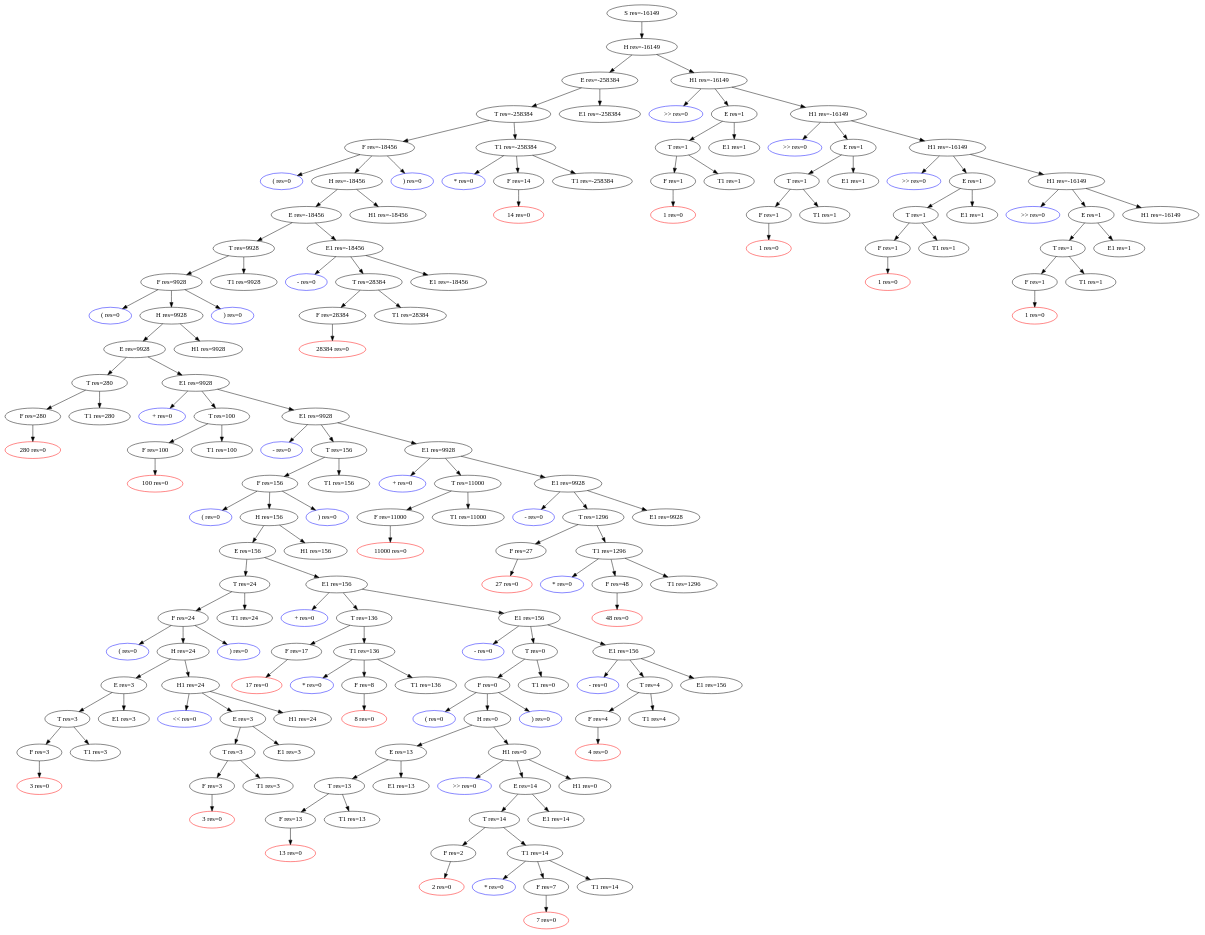
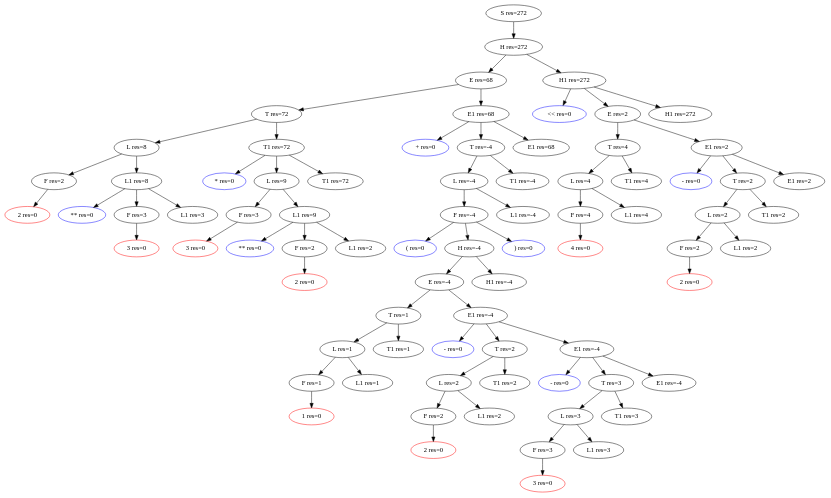
One commit to niki999922/Algo-DM-laba changed the diagram in MT/ParserGenerator/TreeMath.dot. Above: the diagram before and after it, drawn with Graphviz. The commit also changed 9 other files, not shown here.

```diff
--- a/MT/ParserGenerator/TreeMath.dot
+++ b/MT/ParserGenerator/TreeMath.dot
@@ -1,335 +1,159 @@
 digraph TreeMath {
-1973538135 [label="S res=-16149" ];
-1973538135 -> {1023487453};
-1023487453 [label="H res=-16149" ];
-1023487453 -> {1865127310, 515132998};
-1865127310 [label="E res=-258384" ];
-1865127310 -> {1694819250, 1365202186};
-1694819250 [label="T res=-258384" ];
-1694819250 -> {1651191114, 1586600255};
-1651191114 [label="F res=-18456" ];
-1651191114 -> {474675244, 932583850, 212628335};
-474675244 [label="( res=0" , color=blue];
-474675244 -> {};
-932583850 [label="H res=-18456" ];
-932583850 -> {359023572, 305808283};
-359023572 [label="E res=-18456" ];
-359023572 -> {2111991224, 292938459};
-2111991224 [label="T res=9928" ];
-2111991224 -> {917142466, 1993134103};
-917142466 [label="F res=9928" ];
-917142466 -> {405662939, 653305407, 1130478920};
-405662939 [label="( res=0" , color=blue];
+515132998 [label="S res=272" ];
+515132998 -> {1694819250};
+1694819250 [label="H res=272" ];
+1694819250 -> {1365202186, 1651191114};
+1365202186 [label="E res=68" ];
+1365202186 -> {1586600255, 474675244};
+1586600255 [label="T res=72" ];
+1586600255 -> {932583850, 212628335};
+932583850 [label="L res=8" ];
+932583850 -> {1579572132, 359023572};
+1579572132 [label="F res=2" ];
+1579572132 -> {305808283};
+305808283 [label="2 res=0" , color=red];
+305808283 -> {};
+359023572 [label="L1 res=8" ];
+359023572 -> {2111991224, 292938459, 917142466};
+2111991224 [label="** res=0" , color=blue];
+2111991224 -> {};
+292938459 [label="F res=3" ];
+292938459 -> {405662939};
+405662939 [label="3 res=0" , color=red];
 405662939 -> {};
-653305407 [label="H res=9928" ];
-653305407 -> {1404928347, 604107971};
-1404928347 [label="E res=9928" ];
-1404928347 -> {123961122, 1227229563};
-123961122 [label="T res=280" ];
-123961122 -> {1982791261, 1562557367};
-1982791261 [label="F res=280" ];
-1982791261 -> {1101288798};
-1101288798 [label="280 res=0" , color=red];
+917142466 [label="L1 res=3" ];
+917142466 -> {};
+212628335 [label="T1 res=72" ];
+212628335 -> {653305407, 1130478920, 1404928347};
+653305407 [label="* res=0" , color=blue];
+653305407 -> {};
+1130478920 [label="L res=9" ];
+1130478920 -> {604107971, 123961122};
+604107971 [label="F res=3" ];
+604107971 -> {1227229563};
+1227229563 [label="3 res=0" , color=red];
+1227229563 -> {};
+123961122 [label="L1 res=9" ];
+123961122 -> {1982791261, 1562557367, 1101288798};
+1982791261 [label="** res=0" , color=blue];
+1982791261 -> {};
+1562557367 [label="F res=2" ];
+1562557367 -> {942731712};
+942731712 [label="2 res=0" , color=red];
+942731712 -> {};
+1101288798 [label="L1 res=2" ];
 1101288798 -> {};
-1562557367 [label="T1 res=280" ];
-1562557367 -> {};
-1227229563 [label="E1 res=9928" ];
-1227229563 -> {942731712, 971848845, 1910163204};
-942731712 [label="+ res=0" , color=blue];
-942731712 -> {};
-971848845 [label="T res=100" ];
-971848845 -> {305623748, 758529971};
-305623748 [label="F res=100" ];
-305623748 -> {2104457164};
-2104457164 [label="100 res=0" , color=red];
+1404928347 [label="T1 res=72" ];
+1404928347 -> {};
+474675244 [label="E1 res=68" ];
+474675244 -> {971848845, 1910163204, 305623748};
+971848845 [label="+ res=0" , color=blue];
+971848845 -> {};
+1910163204 [label="T res=-4" ];
+1910163204 -> {758529971, 2104457164};
+758529971 [label="L res=-4" ];
+758529971 -> {1521118594, 1940030785};
+1521118594 [label="F res=-4" ];
+1521118594 -> {1869997857, 1763847188, 1617791695};
+1869997857 [label="( res=0" , color=blue];
+1869997857 -> {};
+1763847188 [label="H res=-4" ];
+1763847188 -> {125993742, 1192108080};
+125993742 [label="E res=-4" ];
+125993742 -> {1068824137, 864237698};
+1068824137 [label="T res=1" ];
+1068824137 -> {537548559, 380894366};
+537548559 [label="L res=1" ];
+537548559 -> {237852351, 608188624};
+237852351 [label="F res=1" ];
+237852351 -> {1451270520};
+1451270520 [label="1 res=0" , color=red];
+1451270520 -> {};
+608188624 [label="L1 res=1" ];
+608188624 -> {};
+380894366 [label="T1 res=1" ];
+380894366 -> {};
+864237698 [label="E1 res=-4" ];
+864237698 -> {1608446010, 992136656, 511833308};
+1608446010 [label="- res=0" , color=blue];
+1608446010 -> {};
+992136656 [label="T res=2" ];
+992136656 -> {1297685781, 1705929636};
+1297685781 [label="L res=2" ];
+1297685781 -> {1221555852, 1509514333};
+1221555852 [label="F res=2" ];
+1221555852 -> {1556956098};
+1556956098 [label="2 res=0" , color=red];
+1556956098 -> {};
+1509514333 [label="L1 res=2" ];
+1509514333 -> {};
+1705929636 [label="T1 res=2" ];
+1705929636 -> {};
+511833308 [label="E1 res=-4" ];
+511833308 -> {1252585652, 2036368507, 1785210046};
+1252585652 [label="- res=0" , color=blue];
+1252585652 -> {};
+2036368507 [label="T res=3" ];
+2036368507 -> {1552787810, 1361960727};
+1552787810 [label="L res=3" ];
+1552787810 -> {739498517, 125130493};
+739498517 [label="F res=3" ];
+739498517 -> {914504136};
+914504136 [label="3 res=0" , color=red];
+914504136 -> {};
+125130493 [label="L1 res=3" ];
+125130493 -> {};
+1361960727 [label="T1 res=3" ];
+1361960727 -> {};
+1785210046 [label="E1 res=-4" ];
+1785210046 -> {};
+1192108080 [label="H1 res=-4" ];
+1192108080 -> {};
+1617791695 [label=") res=0" , color=blue];
+1617791695 -> {};
+1940030785 [label="L1 res=-4" ];
+1940030785 -> {};
+2104457164 [label="T1 res=-4" ];
 2104457164 -> {};
-758529971 [label="T1 res=100" ];
-758529971 -> {};
-1910163204 [label="E1 res=9928" ];
-1910163204 -> {1521118594, 1940030785, 1869997857};
-1521118594 [label="- res=0" , color=blue];
-1521118594 -> {};
-1940030785 [label="T res=156" ];
-1940030785 -> {1763847188, 1617791695};
-1763847188 [label="F res=156" ];
-1763847188 -> {125993742, 1192108080, 1068824137};
-125993742 [label="( res=0" , color=blue];
-125993742 -> {};
-1192108080 [label="H res=156" ];
-1192108080 -> {864237698, 537548559};
-864237698 [label="E res=156" ];
-864237698 -> {380894366, 237852351};
-380894366 [label="T res=24" ];
-380894366 -> {608188624, 1451270520};
-608188624 [label="F res=24" ];
-608188624 -> {1608446010, 992136656, 511833308};
-1608446010 [label="( res=0" , color=blue];
-1608446010 -> {};
-992136656 [label="H res=24" ];
-992136656 -> {1297685781, 1705929636};
-1297685781 [label="E res=3" ];
-1297685781 -> {1221555852, 1509514333};
-1221555852 [label="T res=3" ];
-1221555852 -> {1556956098, 1252585652};
-1556956098 [label="F res=3" ];
-1556956098 -> {2036368507};
-2036368507 [label="3 res=0" , color=red];
-2036368507 -> {};
-1252585652 [label="T1 res=3" ];
-1252585652 -> {};
-1509514333 [label="E1 res=3" ];
-1509514333 -> {};
-1705929636 [label="H1 res=24" ];
-1705929636 -> {1785210046, 1552787810, 1361960727};
-1785210046 [label="<< res=0" , color=blue];
-1785210046 -> {};
-1552787810 [label="E res=3" ];
-1552787810 -> {739498517, 125130493};
-739498517 [label="T res=3" ];
-739498517 -> {914504136, 166239592};
-914504136 [label="F res=3" ];
-914504136 -> {991505714};
-991505714 [label="3 res=0" , color=red];
-991505714 -> {};
-166239592 [label="T1 res=3" ];
+305623748 [label="E1 res=68" ];
+305623748 -> {};
+1651191114 [label="H1 res=272" ];
+1651191114 -> {166239592, 991505714, 385242642};
+166239592 [label="<< res=0" , color=blue];
 166239592 -> {};
-125130493 [label="E1 res=3" ];
-125130493 -> {};
-1361960727 [label="H1 res=24" ];
-1361960727 -> {};
-511833308 [label=") res=0" , color=blue];
-511833308 -> {};
-1451270520 [label="T1 res=24" ];
-1451270520 -> {};
-237852351 [label="E1 res=156" ];
-237852351 -> {385242642, 824009085, 2085857771};
-385242642 [label="+ res=0" , color=blue];
+991505714 [label="E res=2" ];
+991505714 -> {824009085, 2085857771};
+824009085 [label="T res=4" ];
+824009085 -> {248609774, 708049632};
+248609774 [label="L res=4" ];
+248609774 -> {1887400018, 285377351};
+1887400018 [label="F res=4" ];
+1887400018 -> {344560770};
+344560770 [label="4 res=0" , color=red];
+344560770 -> {};
+285377351 [label="L1 res=4" ];
+285377351 -> {};
+708049632 [label="T1 res=4" ];
+708049632 -> {};
+2085857771 [label="E1 res=2" ];
+2085857771 -> {559450121, 716083600, 791885625};
+559450121 [label="- res=0" , color=blue];
+559450121 -> {};
+716083600 [label="T res=2" ];
+716083600 -> {2001112025, 314265080};
+2001112025 [label="L res=2" ];
+2001112025 -> {1288141870, 2054881392};
+1288141870 [label="F res=2" ];
+1288141870 -> {966808741};
+966808741 [label="2 res=0" , color=red];
+966808741 -> {};
+2054881392 [label="L1 res=2" ];
+2054881392 -> {};
+314265080 [label="T1 res=2" ];
+314265080 -> {};
+791885625 [label="E1 res=2" ];
+791885625 -> {};
+385242642 [label="H1 res=272" ];
 385242642 -> {};
-824009085 [label="T res=136" ];
-824009085 -> {248609774, 708049632};
-248609774 [label="F res=17" ];
-248609774 -> {1887400018};
-1887400018 [label="17 res=0" , color=red];
-1887400018 -> {};
-708049632 [label="T1 res=136" ];
-708049632 -> {285377351, 344560770, 559450121};
-285377351 [label="* res=0" , color=blue];
-285377351 -> {};
-344560770 [label="F res=8" ];
-344560770 -> {716083600};
-716083600 [label="8 res=0" , color=red];
-716083600 -> {};
-559450121 [label="T1 res=136" ];
-559450121 -> {};
-2085857771 [label="E1 res=156" ];
-2085857771 -> {791885625, 2001112025, 314265080};
-791885625 [label="- res=0" , color=blue];
-791885625 -> {};
-2001112025 [label="T res=0" ];
-2001112025 -> {1288141870, 2054881392};
-1288141870 [label="F res=0" ];
-1288141870 -> {966808741, 1908153060, 116211441};
-966808741 [label="( res=0" , color=blue];
-966808741 -> {};
-1908153060 [label="H res=0" ];
-1908153060 -> {607635164, 529116035};
-607635164 [label="E res=13" ];
-607635164 -> {242481580, 1627800613};
-242481580 [label="T res=13" ];
-242481580 -> {2065530879, 697960108};
-2065530879 [label="F res=13" ];
-2065530879 -> {943010986};
-943010986 [label="13 res=0" , color=red];
-943010986 -> {};
-697960108 [label="T1 res=13" ];
-697960108 -> {};
-1627800613 [label="E1 res=13" ];
-1627800613 -> {};
-529116035 [label="H1 res=0" ];
-529116035 -> {1807837413, 2066940133, 48612937};
-1807837413 [label=">> res=0" , color=blue];
-1807837413 -> {};
-2066940133 [label="E res=14" ];
-2066940133 -> {325333723, 1937962514};
-325333723 [label="T res=14" ];
-325333723 -> {274064559, 1018081122};
-274064559 [label="F res=2" ];
-274064559 -> {242131142};
-242131142 [label="2 res=0" , color=red];
-242131142 -> {};
-1018081122 [label="T1 res=14" ];
-1018081122 -> {1782113663, 1433867275, 476800120};
-1782113663 [label="* res=0" , color=blue];
-1782113663 -> {};
-1433867275 [label="F res=7" ];
-1433867275 -> {1744347043};
-1744347043 [label="7 res=0" , color=red];
-1744347043 -> {};
-476800120 [label="T1 res=14" ];
-476800120 -> {};
-1937962514 [label="E1 res=14" ];
-1937962514 -> {};
-48612937 [label="H1 res=0" ];
-48612937 -> {};
-116211441 [label=") res=0" , color=blue];
-116211441 -> {};
-2054881392 [label="T1 res=0" ];
-2054881392 -> {};
-314265080 [label="E1 res=156" ];
-314265080 -> {1254526270, 662441761, 1618212626};
-1254526270 [label="- res=0" , color=blue];
-1254526270 -> {};
-662441761 [label="T res=4" ];
-662441761 -> {1129670968, 1023714065};
-1129670968 [label="F res=4" ];
-1129670968 -> {2051450519};
-2051450519 [label="4 res=0" , color=red];
-2051450519 -> {};
-1023714065 [label="T1 res=4" ];
-1023714065 -> {};
-1618212626 [label="E1 res=156" ];
-1618212626 -> {};
-537548559 [label="H1 res=156" ];
-537548559 -> {};
-1068824137 [label=") res=0" , color=blue];
-1068824137 -> {};
-1617791695 [label="T1 res=156" ];
-1617791695 -> {};
-1869997857 [label="E1 res=9928" ];
-1869997857 -> {99747242, 1837543557, 1971489295};
-99747242 [label="+ res=0" , color=blue];
-99747242 -> {};
-1837543557 [label="T res=11000" ];
-1837543557 -> {985655350, 804611486};
-985655350 [label="F res=11000" ];
-985655350 -> {2008017533};
-2008017533 [label="11000 res=0" , color=red];
-2008017533 -> {};
-804611486 [label="T1 res=11000" ];
-804611486 -> {};
-1971489295 [label="E1 res=9928" ];
-1971489295 -> {370988149, 1395089624, 1476011703};
-370988149 [label="- res=0" , color=blue];
-370988149 -> {};
-1395089624 [label="T res=1296" ];
-1395089624 -> {1603195447, 792791759};
-1603195447 [label="F res=27" ];
-1603195447 -> {1191747167};
-1191747167 [label="27 res=0" , color=red];
-1191747167 -> {};
-792791759 [label="T1 res=1296" ];
-792791759 -> {1094834071, 1761061602, 1330106945};
-1094834071 [label="* res=0" , color=blue];
-1094834071 -> {};
-1761061602 [label="F res=48" ];
-1761061602 -> {1279149968};
-1279149968 [label="48 res=0" , color=red];
-1279149968 -> {};
-1330106945 [label="T1 res=1296" ];
-1330106945 -> {};
-1476011703 [label="E1 res=9928" ];
-1476011703 -> {};
-604107971 [label="H1 res=9928" ];
-604107971 -> {};
-1130478920 [label=") res=0" , color=blue];
-1130478920 -> {};
-1993134103 [label="T1 res=9928" ];
-1993134103 -> {};
-292938459 [label="E1 res=-18456" ];
-292938459 -> {59559151, 1450821318, 668849042};
-59559151 [label="- res=0" , color=blue];
-59559151 -> {};
-1450821318 [label="T res=28384" ];
-1450821318 -> {434176574, 2096057945};
-434176574 [label="F res=28384" ];
-434176574 -> {1689843956};
-1689843956 [label="28384 res=0" , color=red];
-1689843956 -> {};
-2096057945 [label="T1 res=28384" ];
-2096057945 -> {};
-668849042 [label="E1 res=-18456" ];
-668849042 -> {};
-305808283 [label="H1 res=-18456" ];
-305808283 -> {};
-212628335 [label=") res=0" , color=blue];
-212628335 -> {};
-1586600255 [label="T1 res=-258384" ];
-1586600255 -> {766572210, 1020391880, 977993101};
-766572210 [label="* res=0" , color=blue];
-766572210 -> {};
-1020391880 [label="F res=14" ];
-1020391880 -> {429313384};
-429313384 [label="14 res=0" , color=red];
-429313384 -> {};
-977993101 [label="T1 res=-258384" ];
-977993101 -> {};
-1365202186 [label="E1 res=-258384" ];
-1365202186 -> {};
-515132998 [label="H1 res=-16149" ];
-515132998 -> {859417998, 5592464, 1830712962};
-859417998 [label=">> res=0" , color=blue];
-859417998 -> {};
-5592464 [label="E res=1" ];
-5592464 -> {1112280004, 1013423070};
-1112280004 [label="T res=1" ];
-1112280004 -> {380936215, 142638629};
-380936215 [label="F res=1" ];
-380936215 -> {707806938};
-707806938 [label="1 res=0" , color=red];
-707806938 -> {};
-142638629 [label="T1 res=1" ];
-142638629 -> {};
-1013423070 [label="E1 res=1" ];
-1013423070 -> {};
-1830712962 [label="H1 res=-16149" ];
-1830712962 -> {705265961, 428746855, 317983781};
-705265961 [label=">> res=0" , color=blue];
-705265961 -> {};
-428746855 [label="E res=1" ];
-428746855 -> {987405879, 1555845260};
-987405879 [label="T res=1" ];
-987405879 -> {874088044, 104739310};
-874088044 [label="F res=1" ];
-874088044 -> {1761291320};
-1761291320 [label="1 res=0" , color=red];
-1761291320 -> {};
-104739310 [label="T1 res=1" ];
-104739310 -> {};
-1555845260 [label="E1 res=1" ];
-1555845260 -> {};
-317983781 [label="H1 res=-16149" ];
-317983781 -> {1451043227, 783286238, 1500056228};
-1451043227 [label=">> res=0" , color=blue];
-1451043227 -> {};
-783286238 [label="E res=1" ];
-783286238 -> {1749186397, 1464642111};
-1749186397 [label="T res=1" ];
-1749186397 -> {105704967, 392292416};
-105704967 [label="F res=1" ];
-105704967 -> {1818402158};
-1818402158 [label="1 res=0" , color=red];
-1818402158 -> {};
-392292416 [label="T1 res=1" ];
-392292416 -> {};
-1464642111 [label="E1 res=1" ];
-1464642111 -> {};
-1500056228 [label="H1 res=-16149" ];
-1500056228 -> {1590550415, 1058025095, 665576141};
-1590550415 [label=">> res=0" , color=blue];
-1590550415 -> {};
-1058025095 [label="E res=1" ];
-1058025095 -> {1599771323, 1876631416};
-1599771323 [label="T res=1" ];
-1599771323 -> {1359044626, 692342133};
-1359044626 [label="F res=1" ];
-1359044626 -> {578866604};
-578866604 [label="1 res=0" , color=red];
-578866604 -> {};
-692342133 [label="T1 res=1" ];
-692342133 -> {};
-1876631416 [label="E1 res=1" ];
-1876631416 -> {};
-665576141 [label="H1 res=-16149" ];
-665576141 -> {};
 
 }
```
